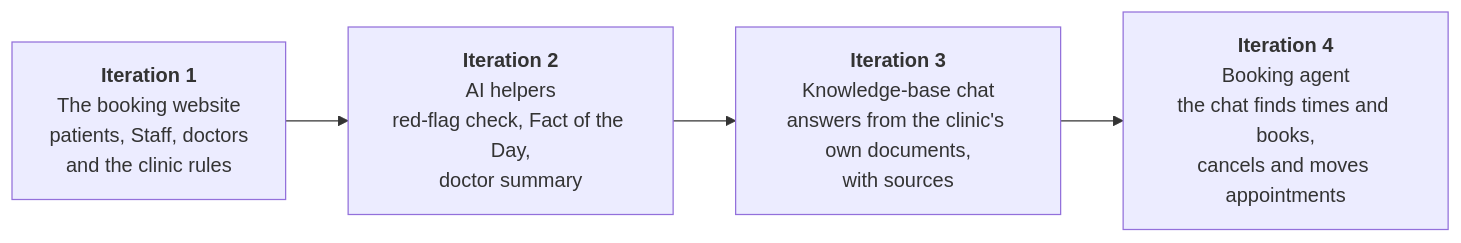
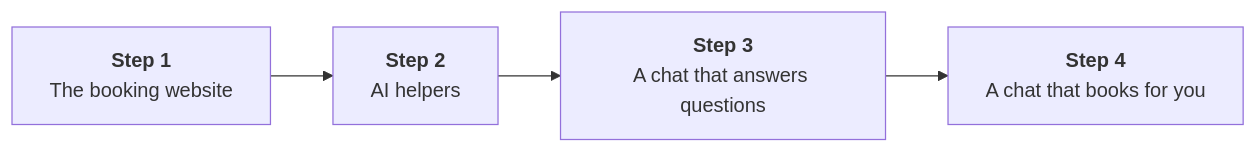
One commit to sanjana1925/netracare-iteration04 changed the first of 4 diagrams in README.md. Above: the diagram before and after it, drawn with Mermaid. The commit also changed other lines of this file, not shown here.

````diff
--- a/README.md
+++ b/README.md
@@ -7,8 +21,8 @@
 ```mermaid
 flowchart LR
-    I1["<b>Iteration 1</b><br/>The booking website<br/>patients, Staff, doctors<br/>and the clinic rules"]
-    I2["<b>Iteration 2</b><br/>AI helpers<br/>red-flag check, Fact of the Day,<br/>doctor summary"]
-    I3["<b>Iteration 3</b><br/>Knowledge-base chat<br/>answers from the clinic's own documents,<br/>with sources"]
-    I4["<b>Iteration 4</b><br/>Booking agent<br/>the chat finds times and books,<br/>cancels and moves appointments"]
+    I1["<b>Step 1</b><br/>The booking website"]
+    I2["<b>Step 2</b><br/>AI helpers"]
+    I3["<b>Step 3</b><br/>A chat that answers questions"]
+    I4["<b>Step 4</b><br/>A chat that books for you"]
     I1 --> I2 --> I3 --> I4
 ```
````
